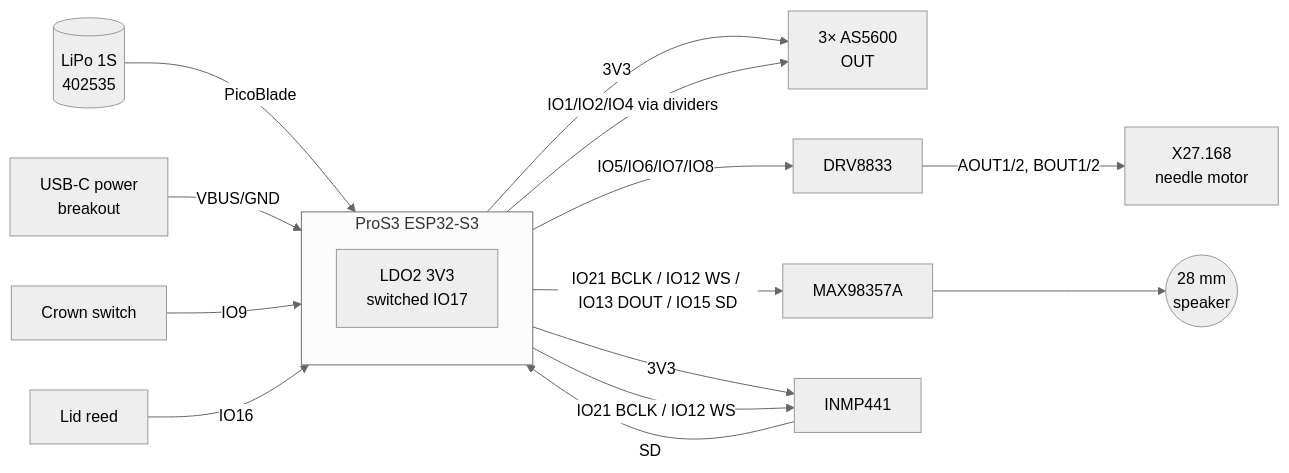
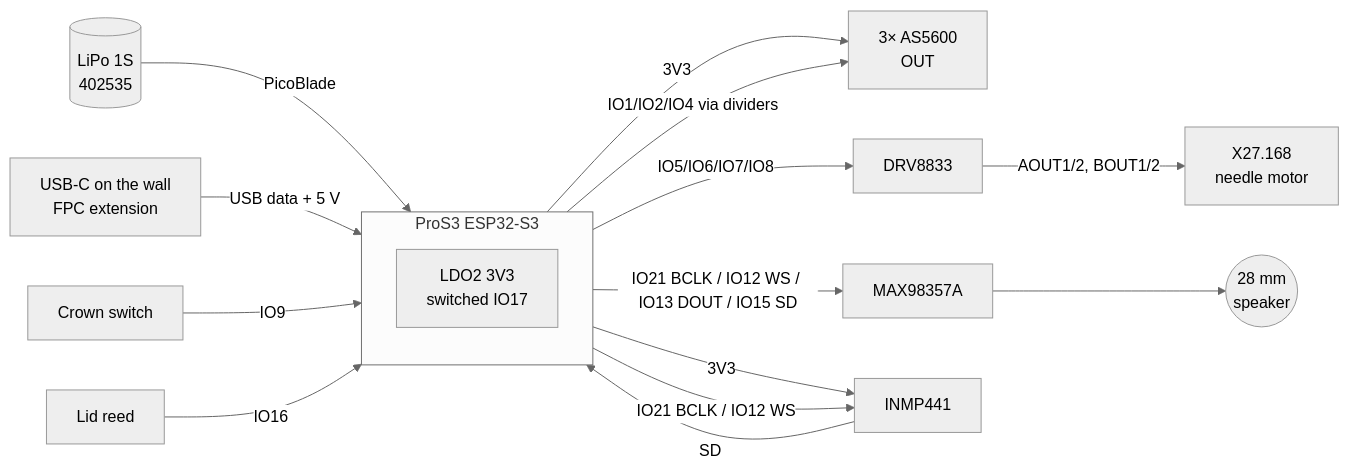
The diagram in hardware/WIRING.md (Kixantrix/alethiometer), drawn with Mermaid (neutral theme) before and after one commit. The commit also changed other lines of this file and 76 other files, not shown here.

````diff
--- a/hardware/WIRING.md
+++ b/hardware/WIRING.md
@@ -10,20 +12,20 @@
 ```mermaid
 flowchart LR
   BAT[(LiPo 1S<br/>402535)] -- PicoBlade --> MCU
-  USBC[USB-C power<br/>breakout] -- VBUS/GND --> MCU
+  USBC[USB-C on the wall<br/>FPC extension] -- USB data + 5 V --> MCU
   subgraph MCU[ProS3 ESP32-S3]
     direction TB
     LDO2[LDO2 3V3<br/>switched IO17]
   end
   MCU -- IO1/IO2/IO4 via dividers --> HALL[3× AS5600<br/>OUT]
   LDO2 -- 3V3 --> HALL
   MCU -- IO5/IO6/IO7/IO8 --> DRV[DRV8833]
   DRV -- AOUT1/2, BOUT1/2 --> X27[X27.168<br/>needle motor]
   MCU -- IO21 BCLK / IO12 WS / IO13 DOUT / IO15 SD --> AMP[MAX98357A]
   AMP --> SPK((28 mm<br/>speaker))
   MIC[INMP441] -- SD --> MCU
   MCU -- IO21 BCLK / IO12 WS --> MIC
   LDO2 -- 3V3 --> MIC
   CROWN[Crown switch] -- IO9 --> MCU
   REED[Lid reed] -- IO16 --> MCU
 ```
````
